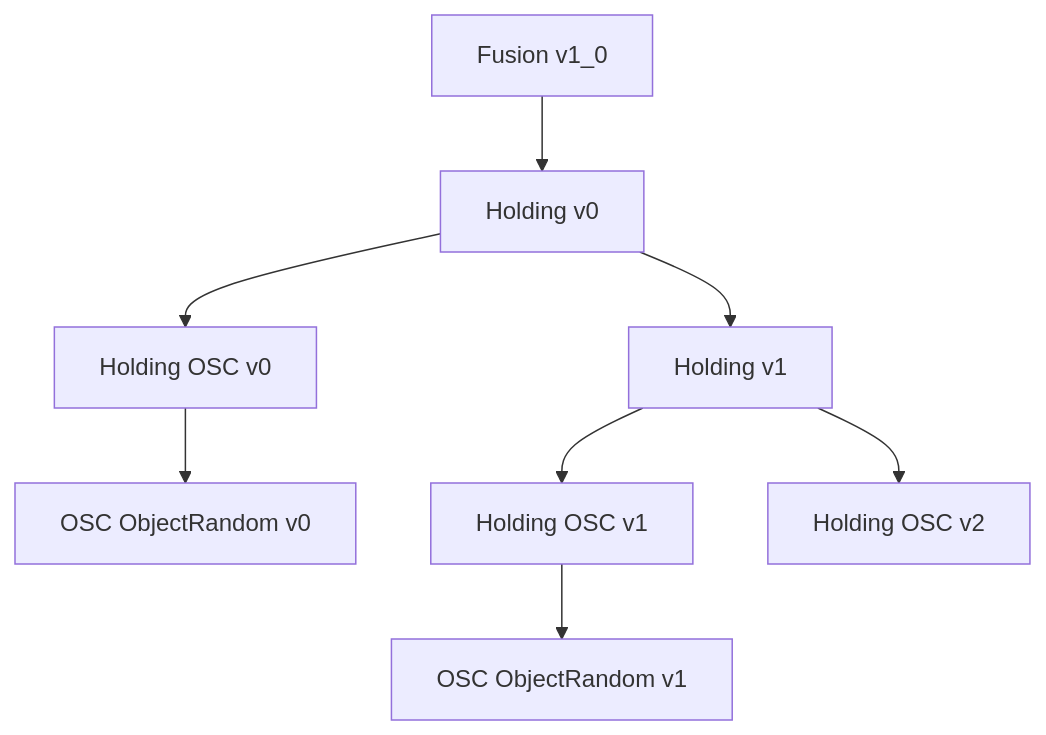
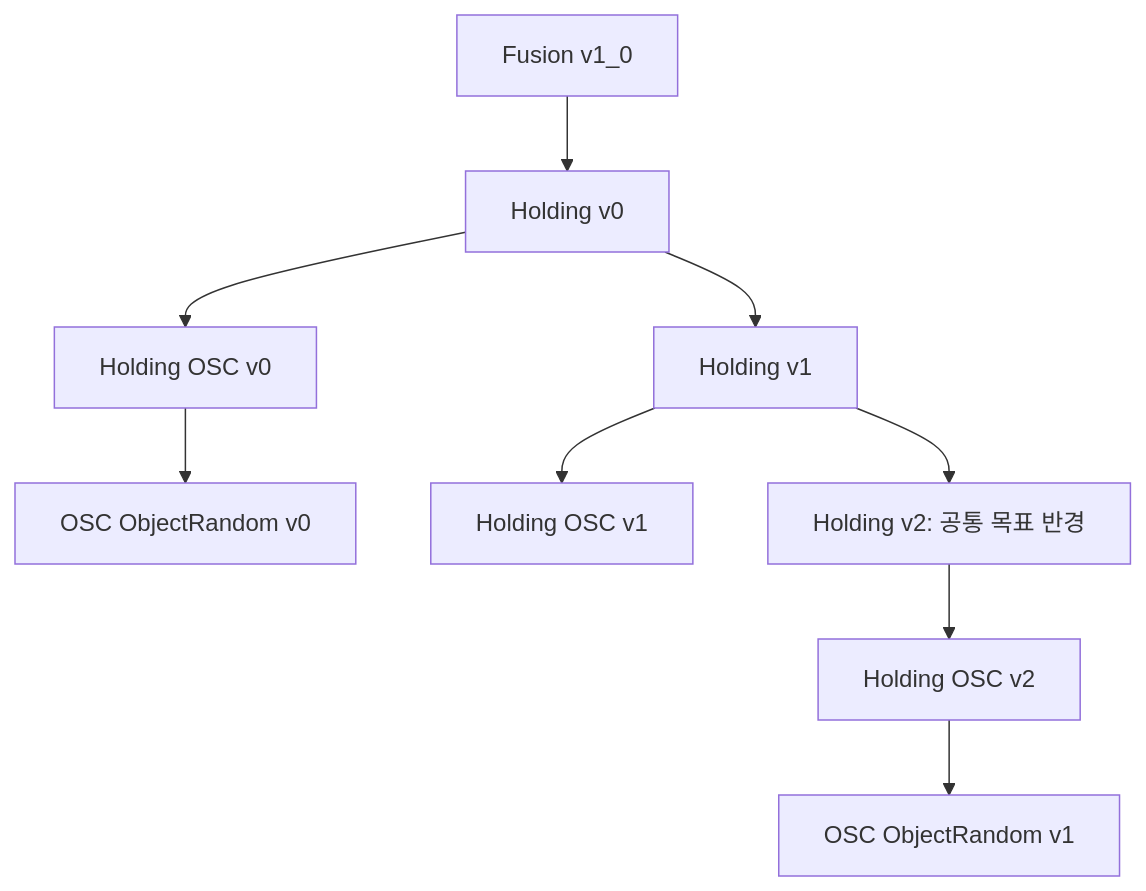
One commit to 7cmdehdrb/Contact-Rich-Manipulation-Context changed the diagram in 02_implementation/environments/FUSION_HOLDING_FAMILY.md. Above: the diagram before and after it, drawn with Mermaid. The commit also changed other lines of this file and 8 other files, not shown here.

````diff
--- a/02_implementation/environments/FUSION_HOLDING_FAMILY.md
+++ b/02_implementation/environments/FUSION_HOLDING_FAMILY.md
@@ -62,10 +64,11 @@
 ```mermaid
 flowchart TD
     F["Fusion v1_0"] --> H0["Holding v0"]
     H0 --> H1["Holding v1"]
     H0 --> O0["Holding OSC v0"]
     O0 --> R0["OSC ObjectRandom v0"]
     H1 --> O1["Holding OSC v1"]
-    H1 --> O2["Holding OSC v2"]
-    O1 --> R1["OSC ObjectRandom v1"]
+    H1 --> H2["Holding v2: 공통 목표 반경"]
+    H2 --> O2["Holding OSC v2"]
+    O2 --> R1["OSC ObjectRandom v1"]
 ```
````
